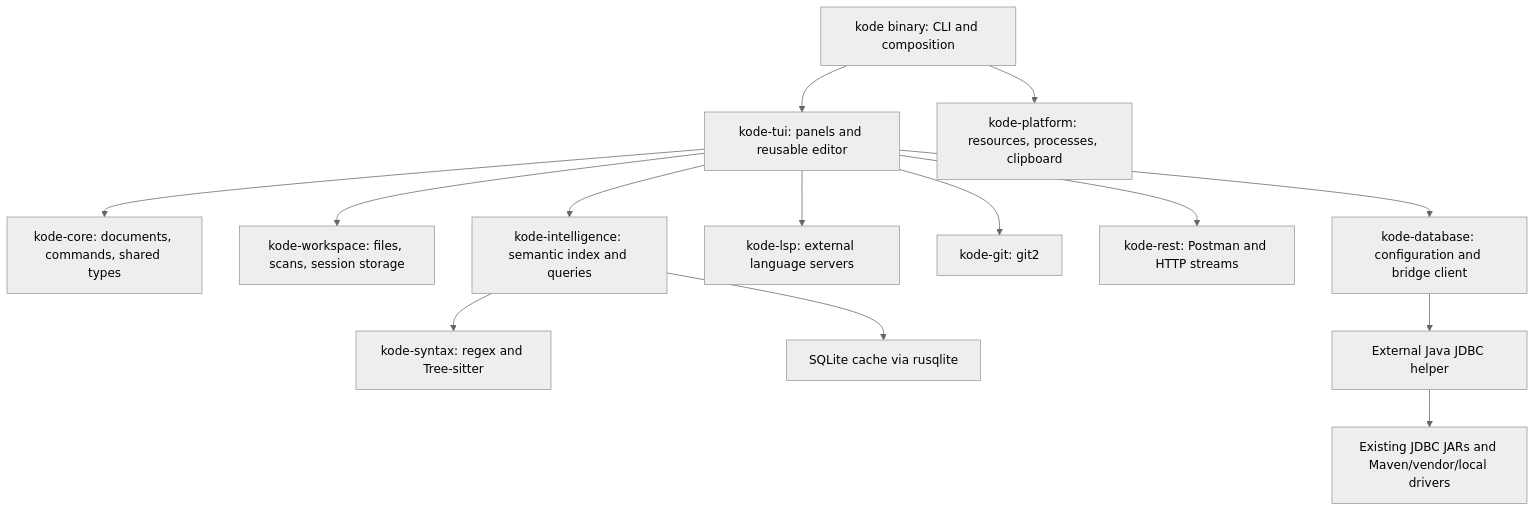
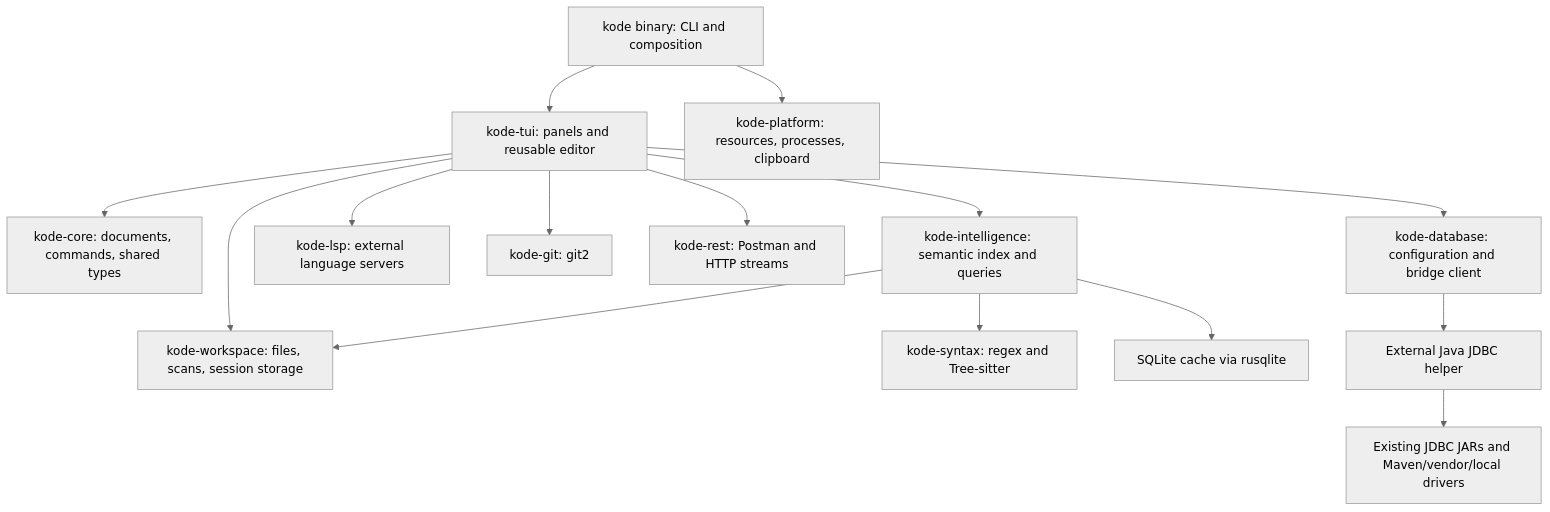
One commit to alfu32/kodecraft changed the diagram in docs/migration/PLAN.md. Above: the diagram before and after it, drawn with Mermaid (neutral theme). The commit also changed 44 other files, not shown here.

````diff
--- a/docs/migration/PLAN.md
+++ b/docs/migration/PLAN.md
@@ -71,16 +71,17 @@
 ```mermaid
 flowchart TD
     CLI[kode binary: CLI and composition] --> UI[kode-tui: panels and reusable editor]
     UI --> CORE[kode-core: documents, commands, shared types]
     UI --> WS[kode-workspace: files, scans, session storage]
     UI --> INT[kode-intelligence: semantic index and queries]
     UI --> LSP[kode-lsp: external language servers]
     UI --> GIT[kode-git: git2]
     UI --> REST[kode-rest: Postman and HTTP streams]
     UI --> DB[kode-database: configuration and bridge client]
     INT --> SYN[kode-syntax: regex and Tree-sitter]
+    INT --> WS
     INT --> SQL[SQLite cache via rusqlite]
     DB --> BRIDGE[External Java JDBC helper]
     BRIDGE --> DRIVERS[Existing JDBC JARs and Maven/vendor/local drivers]
     CLI --> PLATFORM[kode-platform: resources, processes, clipboard]
 ```
````
